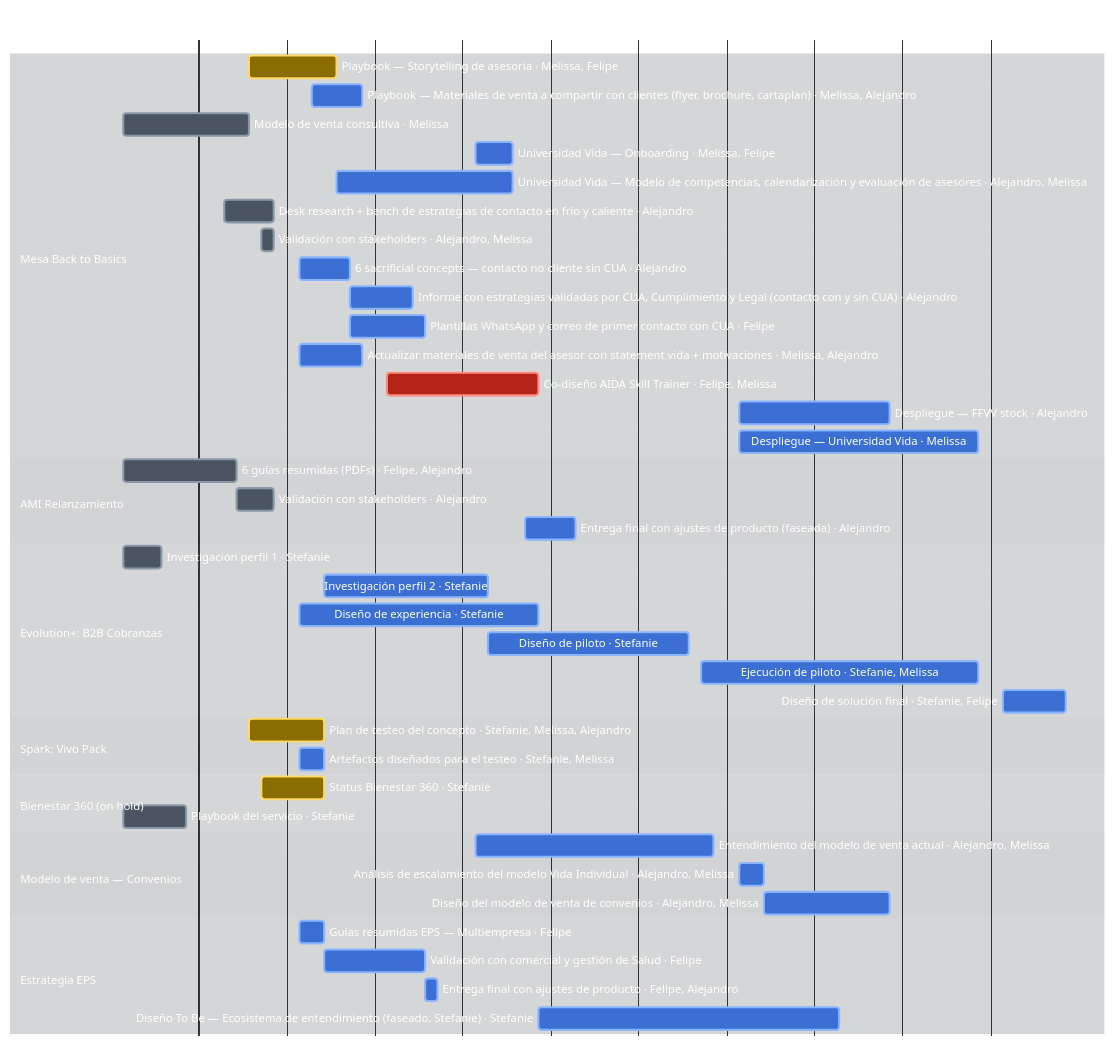
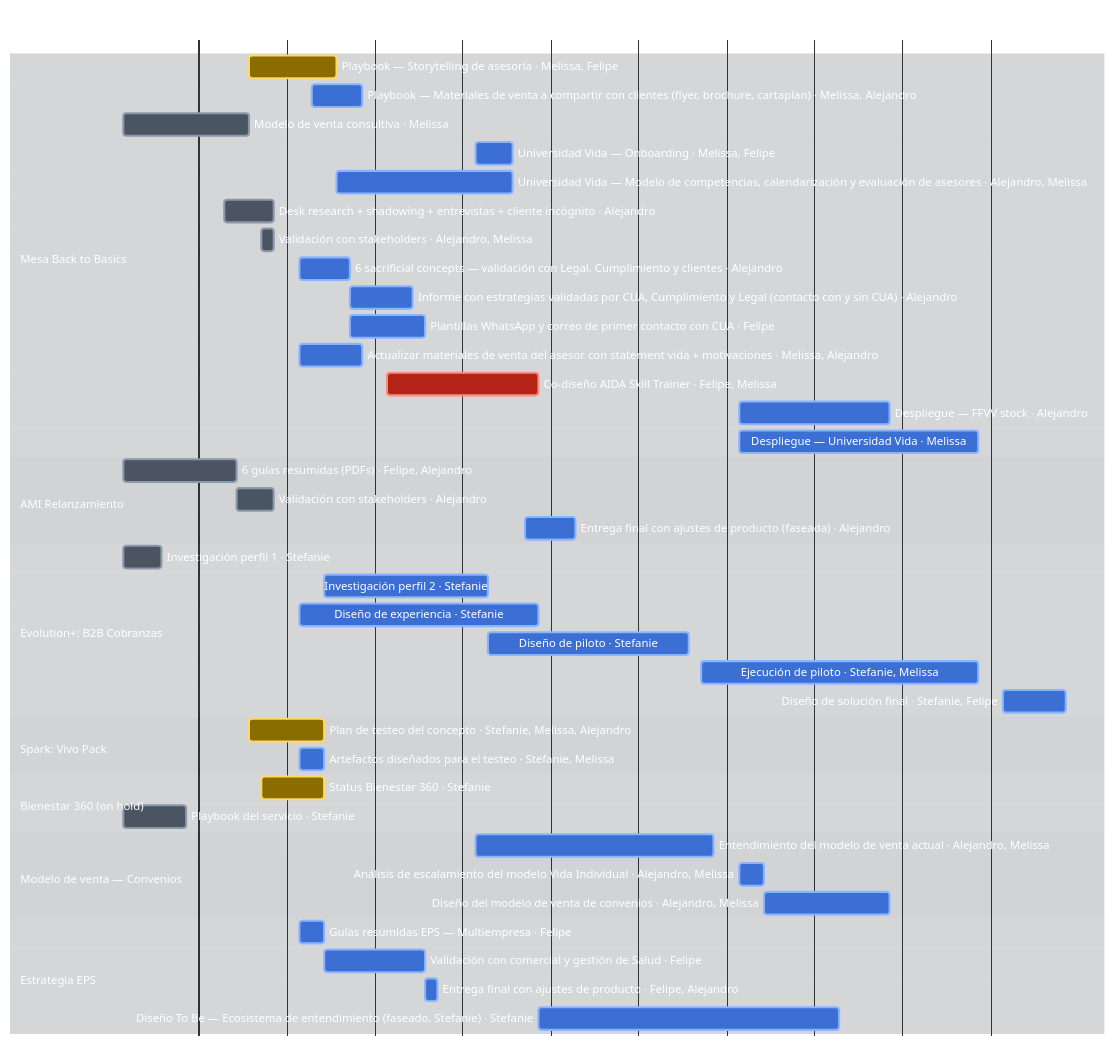
Before and after one commit to Rumipyramid/Machine_Learning: the diagram in TABLERO_BEHOLDER.md, drawn with Mermaid. The commit also changed other lines of this file and 2 other files, not shown here.

Commit message:
Corregir la metodología de research de Q-6/Q-8 en el tablero
Q-6 no fue solo desk research + bench: incluyó shadowing con
asesores, entrevistas y cliente incógnito — se suma al nombre y a la
intervención conductual.

Q-8 (6 sacrificial concepts) no eran para elicitar objeciones de "no
clientes" en el escenario sin CUA: eran el vehículo de validación
temprana de la estrategia de contacto con Legal, Cumplimiento y
clientes reales. Se corrige nombre, status y mecanismo; se ajusta
también el Gantt para que no repita la descripción incorrecta.

No se toca reportes/presentacion_back_to_basics.md por indicación
explícita — el detalle no cambia la historia que se le cuenta a
Milagros, pero el tablero (fuente de verdad) sí debía corregirse.

````diff
--- a/TABLERO_BEHOLDER.md
+++ b/TABLERO_BEHOLDER.md
@@ -116,48 +116,48 @@
 ```mermaid
 %%{init: {"theme":"base","gantt":{"barHeight":22,"barGap":6,"leftPadding":110},"themeVariables":{"fontSize":"13px","textColor":"#FFFFFF","titleColor":"#FFFFFF","sectionBkgColor":"#2D333B","altSectionBkgColor":"#22272E","sectionBkgColor2":"#2D333B","taskBkgColor":"#3B6FD4","taskBorderColor":"#8AB4FF","taskTextColor":"#FFFFFF","taskTextOutsideColor":"#FFFFFF","taskTextDarkColor":"#FFFFFF","taskTextClickableColor":"#FFFFFF","activeTaskBkgColor":"#8A6D00","activeTaskBorderColor":"#FFD866","doneTaskBkgColor":"#4A5561","doneTaskBorderColor":"#8B98A9","critBkgColor":"#B42318","critBorderColor":"#FF8A80","todayLineColor":"#FF6B6B","gridColor":"#8B98A9","excludeBkgColor":"#22272E"}}}%%
 gantt
   dateFormat YYYY-MM-DD
   axisFormat %d/%m
   title Roadmap Q3-2026 — Behavioral Design
   section Mesa Back to Basics
   Playbook — Storytelling de asesoría · Melissa, Felipe :active, 2026-07-02, 2026-07-09
   Playbook — Materiales de venta a compartir con clientes (flyer, brochure, cartaplan) · Melissa, Alejandro :2026-07-07, 2026-07-11
   Modelo de venta consultiva · Melissa :done, 2026-06-22, 2026-07-02
   Universidad Vida — Onboarding · Melissa, Felipe :2026-07-20, 2026-07-23
   Universidad Vida — Modelo de competencias, calendarización y evaluación de asesores · Alejandro, Melissa :2026-07-09, 2026-07-23
-  Desk research + bench de estrategias de contacto en frío y caliente · Alejandro :done, 2026-06-30, 2026-07-04
+  Desk research + shadowing + entrevistas + cliente incógnito · Alejandro :done, 2026-06-30, 2026-07-04
   Validación con stakeholders · Alejandro, Melissa :done, 2026-07-03, 2026-07-04
-  6 sacrificial concepts — contacto no cliente sin CUA · Alejandro :2026-07-06, 2026-07-10
+  6 sacrificial concepts — validación con Legal, Cumplimiento y clientes · Alejandro :2026-07-06, 2026-07-10
   Informe con estrategias validadas por CUA, Cumplimiento y Legal (contacto con y sin CUA) · Alejandro :2026-07-10, 2026-07-15
   Plantillas WhatsApp y correo de primer contacto con CUA · Felipe :2026-07-10, 2026-07-16
   Actualizar materiales de venta del asesor con statement vida + motivaciones · Melissa, Alejandro :2026-07-06, 2026-07-11
   Co-diseño AIDA Skill Trainer · Felipe, Melissa :crit, 2026-07-13, 2026-07-25
   Despliegue — FFVV stock · Alejandro :2026-08-10, 2026-08-22
   Despliegue — Universidad Vida · Melissa :2026-08-10, 2026-08-29
   section AMI Relanzamiento
   6 guías resumidas (PDFs) · Felipe, Alejandro :done, 2026-06-22, 2026-07-01
   Validación con stakeholders · Alejandro :done, 2026-07-01, 2026-07-04
   Entrega final con ajustes de producto (faseada) · Alejandro :2026-07-24, 2026-07-28
   section Evolution+: B2B Cobranzas
   Investigación perfil 1 · Stefanie :done, 2026-06-22, 2026-06-25
   Investigación perfil 2 · Stefanie :2026-07-08, 2026-07-21
   Diseño de experiencia · Stefanie :2026-07-06, 2026-07-25
   Diseño de piloto · Stefanie :2026-07-21, 2026-08-06
   Ejecución de piloto · Stefanie, Melissa :2026-08-07, 2026-08-29
   Diseño de solución final · Stefanie, Felipe :2026-08-31, 2026-09-05
   section Spark: Vivo Pack
   Plan de testeo del concepto · Stefanie, Melissa, Alejandro :active, 2026-07-02, 2026-07-08
   Artefactos diseñados para el testeo · Stefanie, Melissa :2026-07-06, 2026-07-08
   section Bienestar 360 (on hold)
   Status Bienestar 360 · Stefanie :active, 2026-07-03, 2026-07-08
   Playbook del servicio · Stefanie :done, 2026-06-22, 2026-06-27
   section Modelo de venta — Convenios
   Entendimiento del modelo de venta actual · Alejandro, Melissa :2026-07-20, 2026-08-08
   Análisis de escalamiento del modelo Vida Individual · Alejandro, Melissa :2026-08-10, 2026-08-12
   Diseño del modelo de venta de convenios · Alejandro, Melissa :2026-08-12, 2026-08-22
   section Estrategia EPS
   Guías resumidas EPS — Multiempresa · Felipe :2026-07-06, 2026-07-08
   Validación con comercial y gestión de Salud · Felipe :2026-07-08, 2026-07-16
   Entrega final con ajustes de producto · Felipe, Alejandro :2026-07-16, 2026-07-17
   Diseño To Be — Ecosistema de entendimiento (faseado, Stefanie) · Stefanie :2026-07-25, 2026-08-18
 ```
````
